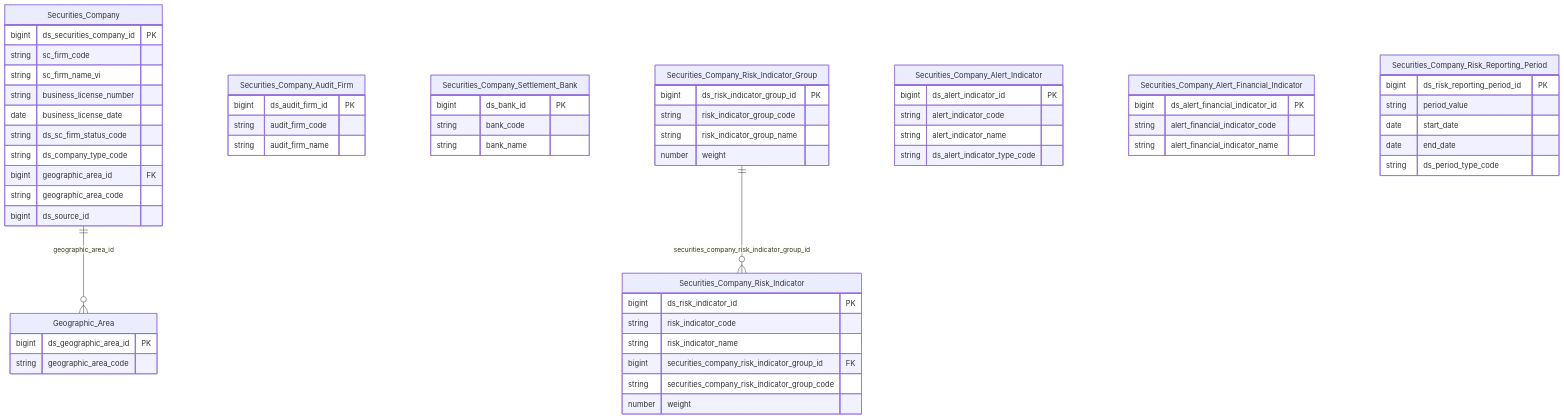
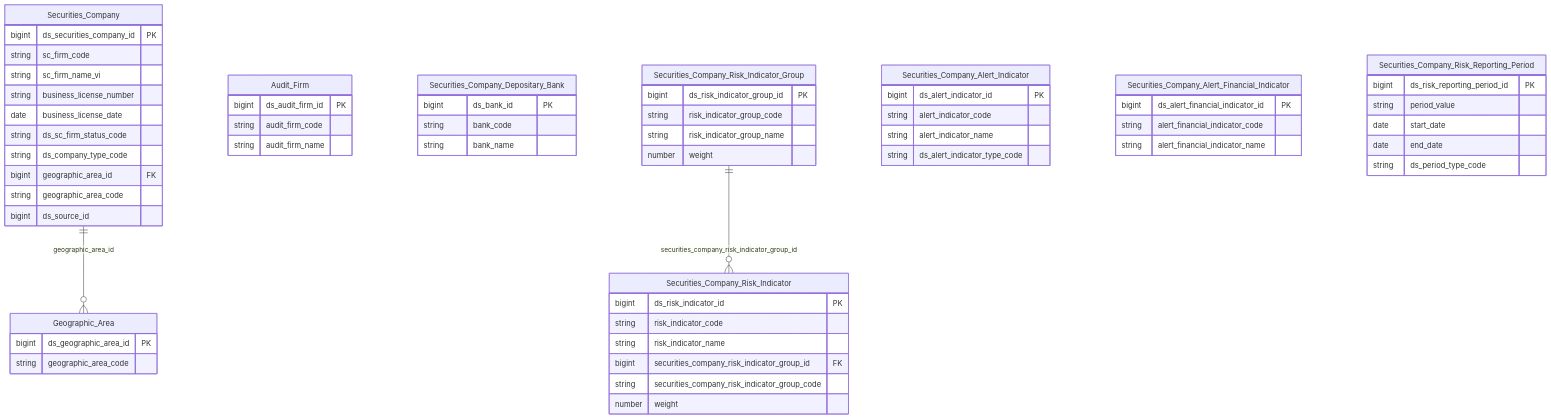
Before and after one commit to linhlvit/ubck_atomic_design: the second of 2 diagrams in DataModel/working/Atomic/hld/SCMS_HLD_Tier1.md, drawn with Mermaid. The commit also changed other lines of this file and 86 other files, not shown here.

````diff
--- a/DataModel/working/Atomic/hld/SCMS_HLD_Tier1.md
+++ b/DataModel/working/Atomic/hld/SCMS_HLD_Tier1.md
@@ -116,72 +116,72 @@
 ```mermaid
 erDiagram
     Securities_Company {
         bigint ds_securities_company_id PK
         string sc_firm_code
         string sc_firm_name_vi
         string business_license_number
         date business_license_date
         string ds_sc_firm_status_code
         string ds_company_type_code
         bigint geographic_area_id FK
         string geographic_area_code
         bigint ds_source_id
     }
 
-    Securities_Company_Audit_Firm {
+    Audit_Firm {
         bigint ds_audit_firm_id PK
         string audit_firm_code
         string audit_firm_name
     }
 
-    Securities_Company_Settlement_Bank {
+    Securities_Company_Depositary_Bank {
         bigint ds_bank_id PK
         string bank_code
         string bank_name
     }
 
     Securities_Company_Risk_Indicator {
         bigint ds_risk_indicator_id PK
         string risk_indicator_code
         string risk_indicator_name
         bigint securities_company_risk_indicator_group_id FK
         string securities_company_risk_indicator_group_code
         number weight
     }
 
     Securities_Company_Risk_Indicator_Group {
         bigint ds_risk_indicator_group_id PK
         string risk_indicator_group_code
         string risk_indicator_group_name
         number weight
     }
 
     Securities_Company_Alert_Indicator {
         bigint ds_alert_indicator_id PK
         string alert_indicator_code
         string alert_indicator_name
         string ds_alert_indicator_type_code
     }
 
     Securities_Company_Alert_Financial_Indicator {
         bigint ds_alert_financial_indicator_id PK
         string alert_financial_indicator_code
         string alert_financial_indicator_name
     }
 
     Securities_Company_Risk_Reporting_Period {
         bigint ds_risk_reporting_period_id PK
         string period_value
         date start_date
         date end_date
         string ds_period_type_code
     }
 
     Geographic_Area {
         bigint ds_geographic_area_id PK
         string geographic_area_code
     }
 
     Securities_Company ||--o{ Geographic_Area : "geographic_area_id"
     Securities_Company_Risk_Indicator_Group ||--o{ Securities_Company_Risk_Indicator : "securities_company_risk_indicator_group_id"
 ```
````
